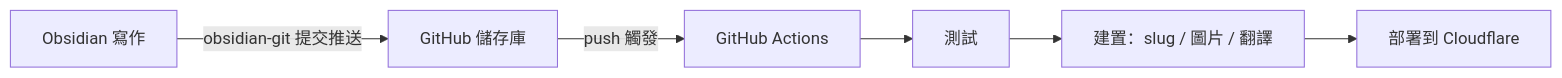
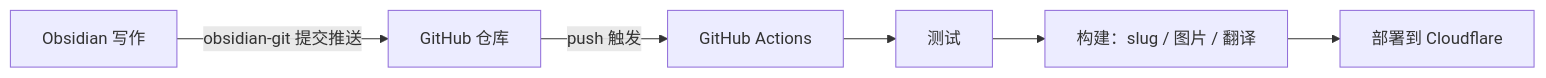
One commit to Edmounds/blog_web changed the diagram in src/i18n/content/zh-TW/blog/使用GitHub Actions 实现博客自动化更新.md. Above: the diagram before and after it, drawn with Mermaid. The commit also changed other lines of this file and 37 other files, not shown here.

````diff
--- a/src/i18n/content/zh-TW/blog/使用GitHub Actions 实现博客自动化更新.md
+++ b/src/i18n/content/zh-TW/blog/使用GitHub Actions 实现博客自动化更新.md
@@ -24,8 +24,8 @@
 ```mermaid
 flowchart LR
-  O[Obsidian 寫作] -->|obsidian-git 提交推送| G[GitHub 儲存庫]
-  G -->|push 觸發| A[GitHub Actions]
-  A --> T[測試]
-  T --> B[建置：slug / 圖片 / 翻譯]
+  O[Obsidian 写作] -->|obsidian-git 提交推送| G[GitHub 仓库]
+  G -->|push 触发| A[GitHub Actions]
+  A --> T[测试]
+  T --> B[构建：slug / 图片 / 翻译]
   B --> D[部署到 Cloudflare]
 ```
````
